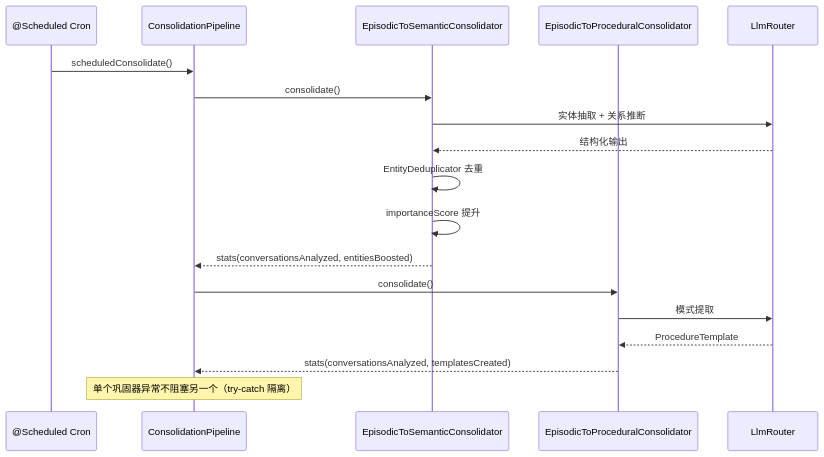
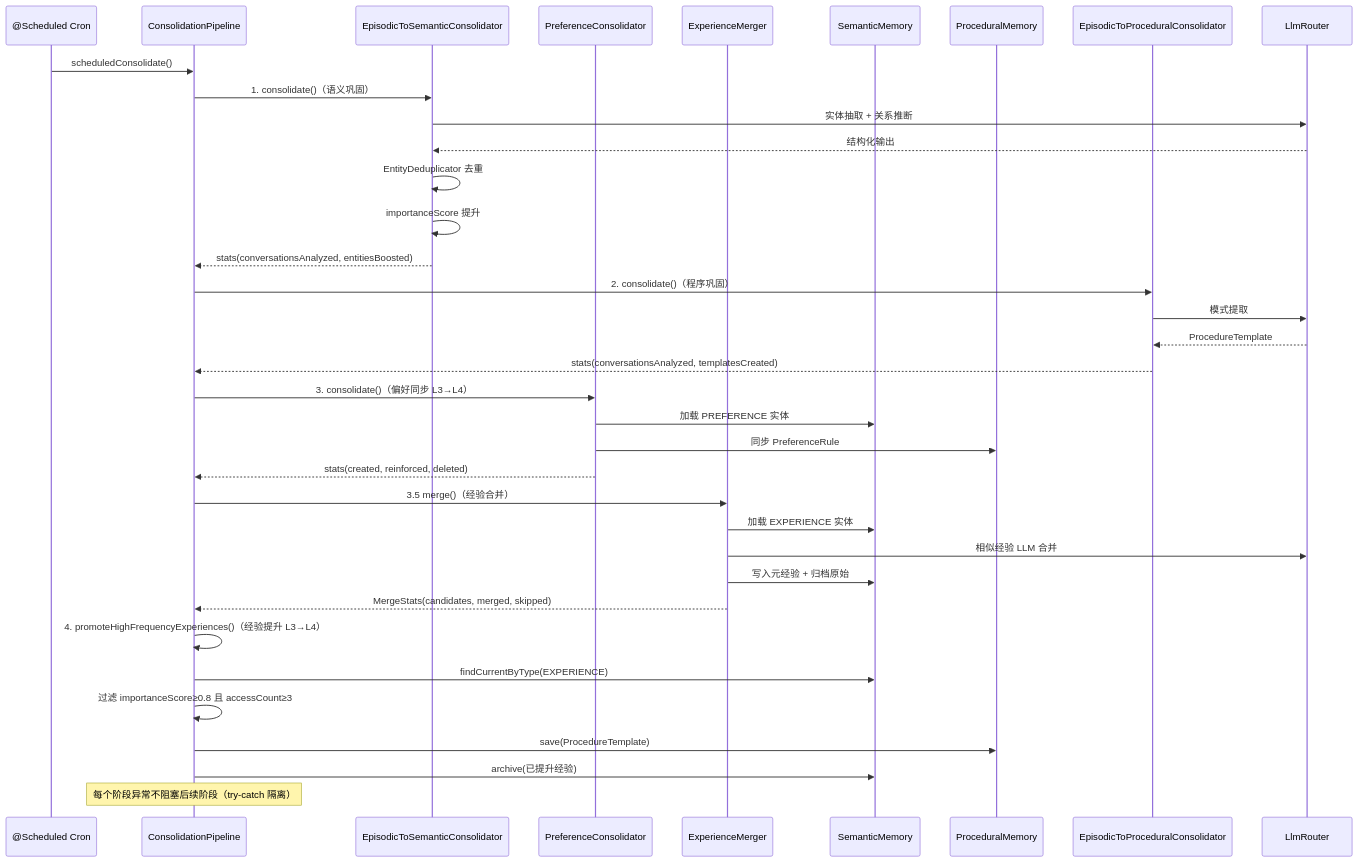
The tenth of 35 diagrams in ARCHITECTURE-DIAGRAMS.md (ntygod/LifePilot), drawn with Mermaid before and after one commit. The commit also changed other lines of this file and 4 other files, not shown here.

````diff
--- a/ARCHITECTURE-DIAGRAMS.md
+++ b/ARCHITECTURE-DIAGRAMS.md
@@ -499,24 +532,45 @@
 ```mermaid
 sequenceDiagram
     participant Cron as @Scheduled Cron
     participant Pipeline as ConsolidationPipeline
     participant Semantic as EpisodicToSemanticConsolidator
+    participant PrefCon as PreferenceConsolidator
+    participant ExpMerger as ExperienceMerger
+    participant SM as SemanticMemory
+    participant PM as ProceduralMemory
     participant Procedural as EpisodicToProceduralConsolidator
     participant LLM as LlmRouter
 
     Cron->>Pipeline: scheduledConsolidate()
     
-    Pipeline->>Semantic: consolidate()
+    Pipeline->>Semantic: 1. consolidate()（语义巩固）
     Semantic->>LLM: 实体抽取 + 关系推断
     LLM-->>Semantic: 结构化输出
     Semantic->>Semantic: EntityDeduplicator 去重
     Semantic->>Semantic: importanceScore 提升
     Semantic-->>Pipeline: stats(conversationsAnalyzed, entitiesBoosted)
 
-    Pipeline->>Procedural: consolidate()
+    Pipeline->>Procedural: 2. consolidate()（程序巩固）
     Procedural->>LLM: 模式提取
     LLM-->>Procedural: ProcedureTemplate
     Procedural-->>Pipeline: stats(conversationsAnalyzed, templatesCreated)
 
-    Note over Pipeline: 单个巩固器异常不阻塞另一个（try-catch 隔离）
+    Pipeline->>PrefCon: 3. consolidate()（偏好同步 L3→L4）
+    PrefCon->>SM: 加载 PREFERENCE 实体
+    PrefCon->>PM: 同步 PreferenceRule
+    PrefCon-->>Pipeline: stats(created, reinforced, deleted)
+
+    Pipeline->>ExpMerger: 3.5 merge()（经验合并）
+    ExpMerger->>SM: 加载 EXPERIENCE 实体
+    ExpMerger->>LLM: 相似经验 LLM 合并
+    ExpMerger->>SM: 写入元经验 + 归档原始
+    ExpMerger-->>Pipeline: MergeStats(candidates, merged, skipped)
+
+    Pipeline->>Pipeline: 4. promoteHighFrequencyExperiences()（经验提升 L3→L4）
+    Pipeline->>SM: findCurrentByType(EXPERIENCE)
+    Pipeline->>Pipeline: 过滤 importanceScore≥0.8 且 accessCount≥3
+    Pipeline->>PM: save(ProcedureTemplate)
+    Pipeline->>SM: archive(已提升经验)
+
+    Note over Pipeline: 每个阶段异常不阻塞后续阶段（try-catch 隔离）
 ```
````
